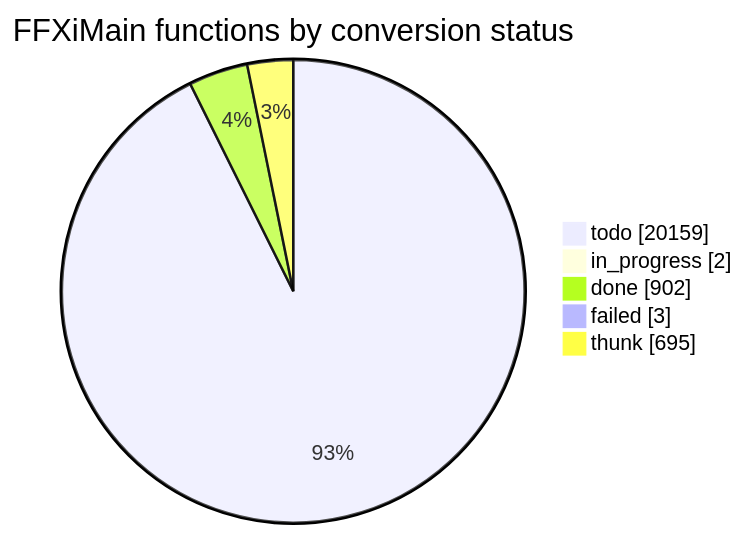
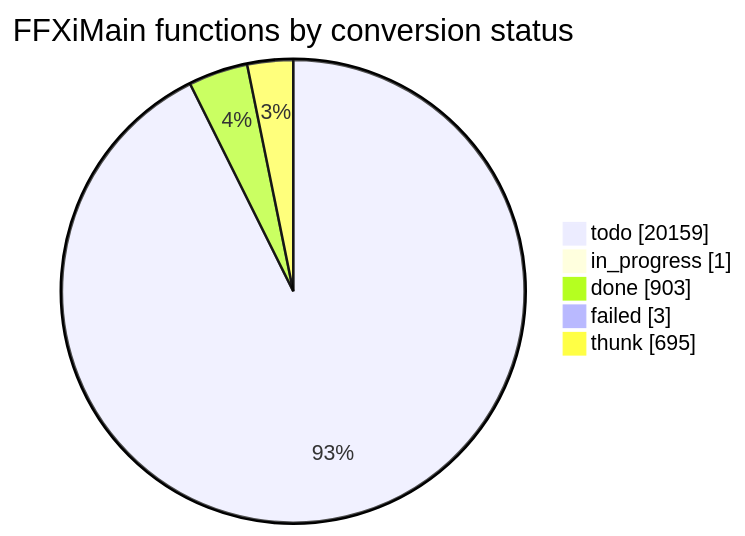
The diagram in docs/cow/STATUS.md (cowrevenge/cow_kuluu_xi_anything), drawn with Mermaid before and after one commit. The commit also changed other lines of this file and 9 other files, not shown here.

````diff
--- a/docs/cow/STATUS.md
+++ b/docs/cow/STATUS.md
@@ -18,9 +18,9 @@
 ```mermaid
 pie showData
     title FFXiMain functions by conversion status
     "todo" : 20159
-    "in_progress" : 2
-    "done" : 902
+    "in_progress" : 1
+    "done" : 903
     "failed" : 3
     "thunk" : 695
 ```
````
